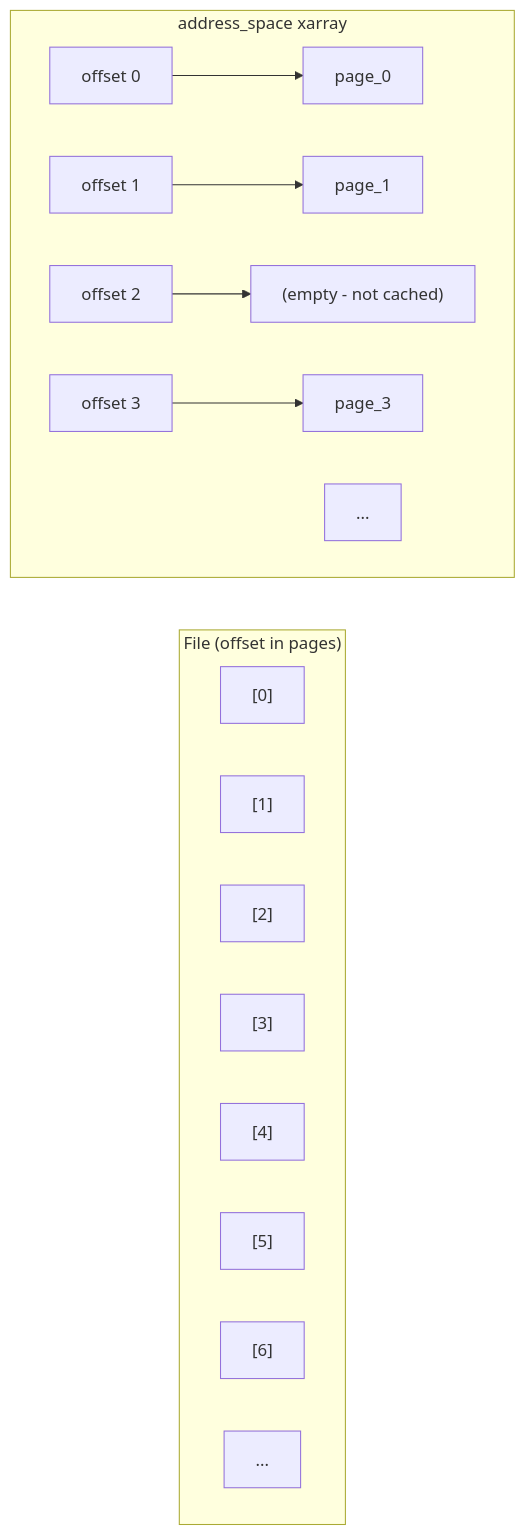
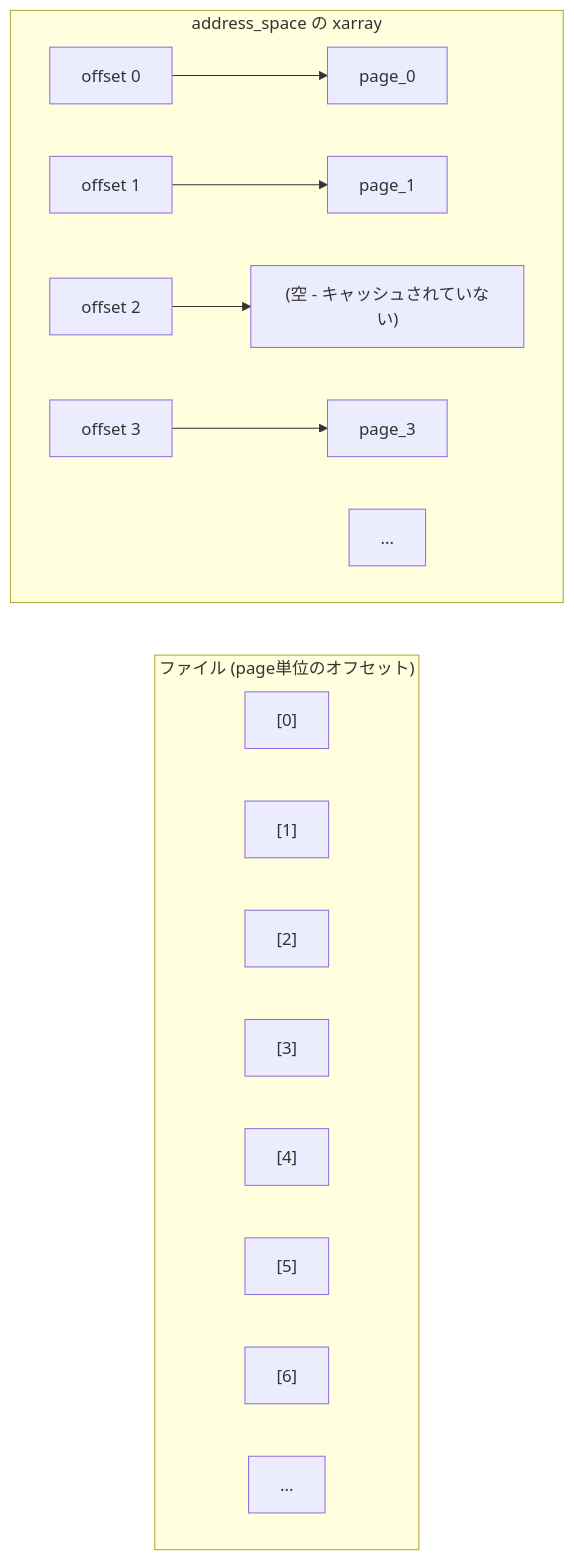
One commit to doguto/linux-kernel-internals-jp changed the second of 8 diagrams in docs/mm/life-of-read.md. Above: the diagram before and after it, drawn with Mermaid. The commit also changed other lines of this file and 27 other files, not shown here.

````diff
--- a/docs/mm/life-of-read.md
+++ b/docs/mm/life-of-read.md
@@ -66,23 +66,23 @@
 ```mermaid
 flowchart LR
-    subgraph file["File (offset in pages)"]
+    subgraph file["ファイル (page単位のオフセット)"]
         direction LR
         P0["[0]"]
         P1["[1]"]
         P2["[2]"]
         P3["[3]"]
         P4["[4]"]
         P5["[5]"]
         P6["[6]"]
         P7["..."]
     end
 
-    subgraph xarray["address_space xarray"]
+    subgraph xarray["address_space の xarray"]
         direction LR
         O0["offset 0"] --> PG0["page_0"]
         O1["offset 1"] --> PG1["page_1"]
-        O2["offset 2"] --> EMPTY["(empty - not cached)"]
+        O2["offset 2"] --> EMPTY["(空 - キャッシュされていない)"]
         O3["offset 3"] --> PG3["page_3"]
         O4["..."]
     end
 ```
````
